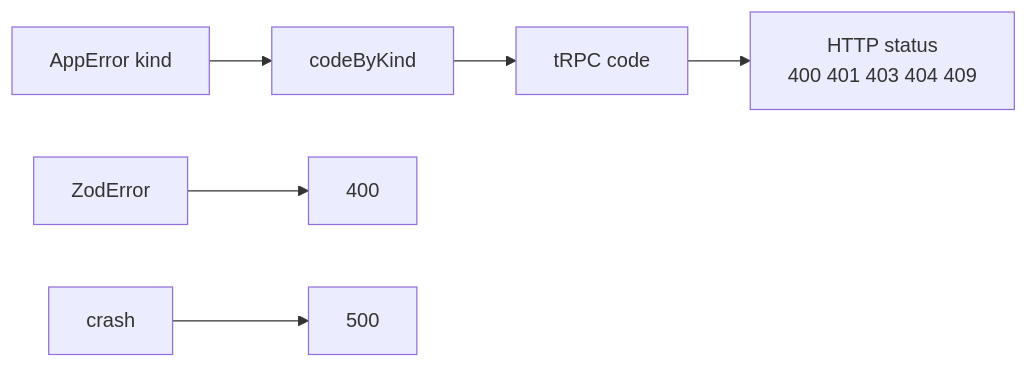
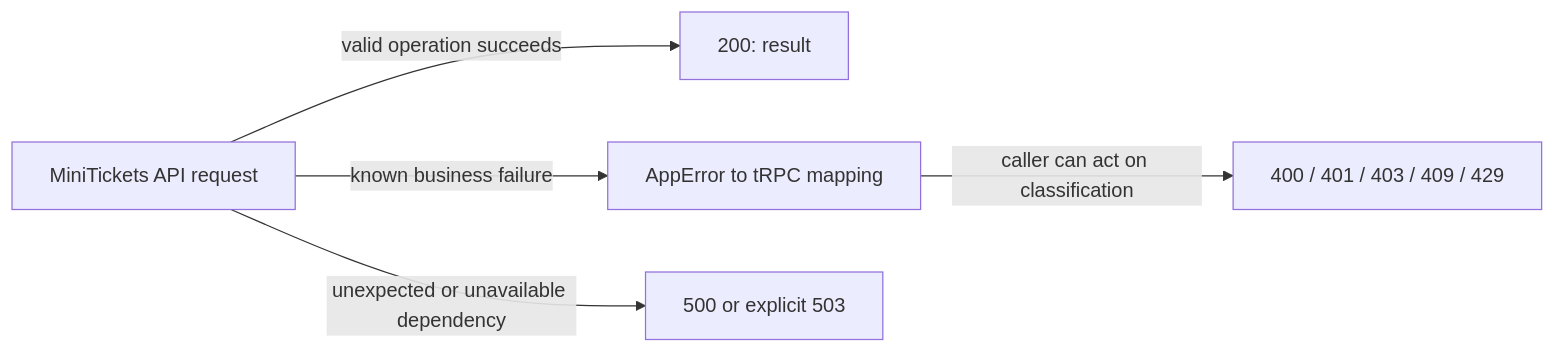
The diagram in docs/handbook/concepts/http-status-codes.md (maheshnd/minitickets), drawn with Mermaid before and after one commit. The commit also changed other lines of this file and 119 other files, not shown here.

````diff
--- a/docs/handbook/concepts/http-status-codes.md
+++ b/docs/handbook/concepts/http-status-codes.md
@@ -19,8 +18,7 @@
 ```mermaid
 flowchart LR
-    k["AppError kind"] --> m["codeByKind"]
-    m --> t["tRPC code"]
-    t --> h["HTTP status<br/>400 401 403 404 409"]
-    z["ZodError"] --> b["400"]
-    c["crash"] --> s["500"]
+request["MiniTickets API request"] -->|"valid operation succeeds"| ok["200: result"]
+    request -->|"known business failure"| map["AppError to tRPC mapping"]
+    map -->|"caller can act on classification"| client["400 / 401 / 403 / 409 / 429"]
+    request -->|"unexpected or unavailable dependency"| failure["500 or explicit 503"]
 ```
````
